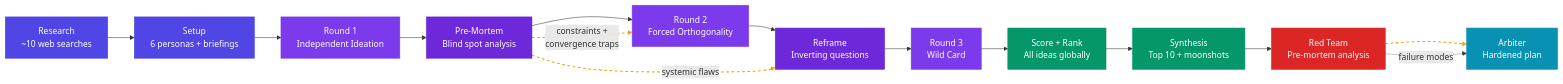
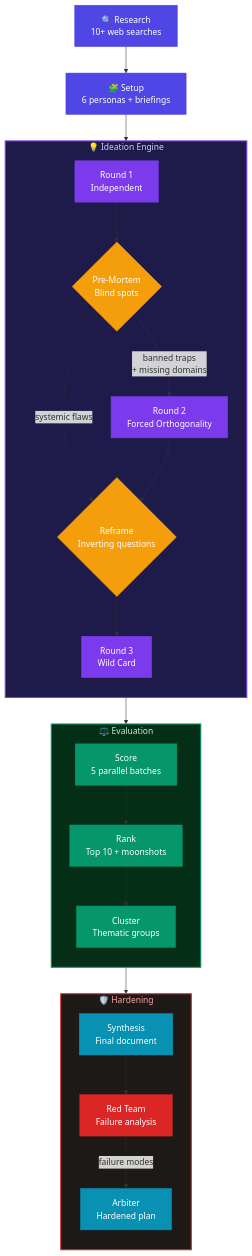
Before and after one commit to czemelman/brainstorm: the diagram in README.md, drawn with Mermaid.

Commit message:
Redesign pipeline diagram as vertical grouped layout
- Top-down flow instead of horizontal (fits any screen width)
- Three visual subgroups: Ideation Engine, Evaluation, Hardening
- Color-coded: purple ideation, amber adversarial, green eval, red/teal hardening
- Feedback loops visible within ideation subgroup
- Diamond shapes for adversarial agents (Pre-Mortem, Reframe)

````diff
--- a/README.md
+++ b/README.md
@@ -23,32 +23,47 @@
 ```mermaid
-graph LR
-    A["Research\n~10 web searches"] --> B["Setup\n6 personas + briefings"]
-    B --> C["Round 1\nIndependent Ideation"]
-    C --> D["Pre-Mortem\nBlind spot analysis"]
-    D --> E["Round 2\nForced Orthogonality"]
-    D -.->|"constraints +\nconvergence traps"| E
-    E --> F["Reframe\nInverting questions"]
-    D -.->|"systemic flaws"| F
-    F --> G["Round 3\nWild Card"]
-    G --> H["Score + Rank\nAll ideas globally"]
-    H --> I["Synthesis\nTop 10 + moonshots"]
-    I --> J["Red Team\nPre-mortem analysis"]
-    J --> K["Arbiter\nHardened plan"]
-    J -.->|"failure modes"| K
+graph TD
+    A["🔍 Research\n10+ web searches"] --> B["🧩 Setup\n6 personas + briefings"]
+
+    subgraph IDEATION ["💡 Ideation Engine"]
+        direction TB
+        C["Round 1\nIndependent"] --> D{"Pre-Mortem\nBlind spots"}
+        D -->|"banned traps\n+ missing domains"| E["Round 2\nForced Orthogonality"]
+        D -.->|"systemic flaws"| F{"Reframe\nInverting questions"}
+        E --> F
+        F --> G["Round 3\nWild Card"]
+    end
+
+    subgraph EVAL ["⚖️ Evaluation"]
+        direction TB
+        H["Score\n5 parallel batches"] --> I["Rank\nTop 10 + moonshots"]
+        I --> J["Cluster\nThematic groups"]
+    end
+
+    subgraph HARDEN ["🛡️ Hardening"]
+        direction TB
+        K["Synthesis\nFinal document"] --> L["Red Team\nFailure analysis"]
+        L -->|"failure modes"| M["Arbiter\nHardened plan"]
+    end
+
+    B --> IDEATION
+    IDEATION --> EVAL
+    EVAL --> HARDEN
 
     style A fill:#4f46e5,stroke:#4f46e5,color:#fff
     style B fill:#4f46e5,stroke:#4f46e5,color:#fff
     style C fill:#7c3aed,stroke:#7c3aed,color:#fff
-    style D fill:#6d28d9,stroke:#6d28d9,color:#fff
+    style D fill:#f59e0b,stroke:#f59e0b,color:#fff
     style E fill:#7c3aed,stroke:#7c3aed,color:#fff
-    style F fill:#6d28d9,stroke:#6d28d9,color:#fff
+    style F fill:#f59e0b,stroke:#f59e0b,color:#fff
     style G fill:#7c3aed,stroke:#7c3aed,color:#fff
     style H fill:#059669,stroke:#059669,color:#fff
     style I fill:#059669,stroke:#059669,color:#fff
-    style J fill:#dc2626,stroke:#dc2626,color:#fff
+    style J fill:#059669,stroke:#059669,color:#fff
     style K fill:#0891b2,stroke:#0891b2,color:#fff
+    style L fill:#dc2626,stroke:#dc2626,color:#fff
+    style M fill:#0891b2,stroke:#0891b2,color:#fff
 
-    linkStyle 4 stroke:#f59e0b,stroke-width:2px,stroke-dasharray:5
-    linkStyle 6 stroke:#f59e0b,stroke-width:2px,stroke-dasharray:5
-    linkStyle 11 stroke:#f59e0b,stroke-width:2px,stroke-dasharray:5
+    style IDEATION fill:#1e1b4b,stroke:#7c3aed,color:#c7d2fe,stroke-width:2px
+    style EVAL fill:#052e16,stroke:#059669,color:#bbf7d0,stroke-width:2px
+    style HARDEN fill:#1c1917,stroke:#dc2626,color:#fca5a5,stroke-width:2px
 ```
````
